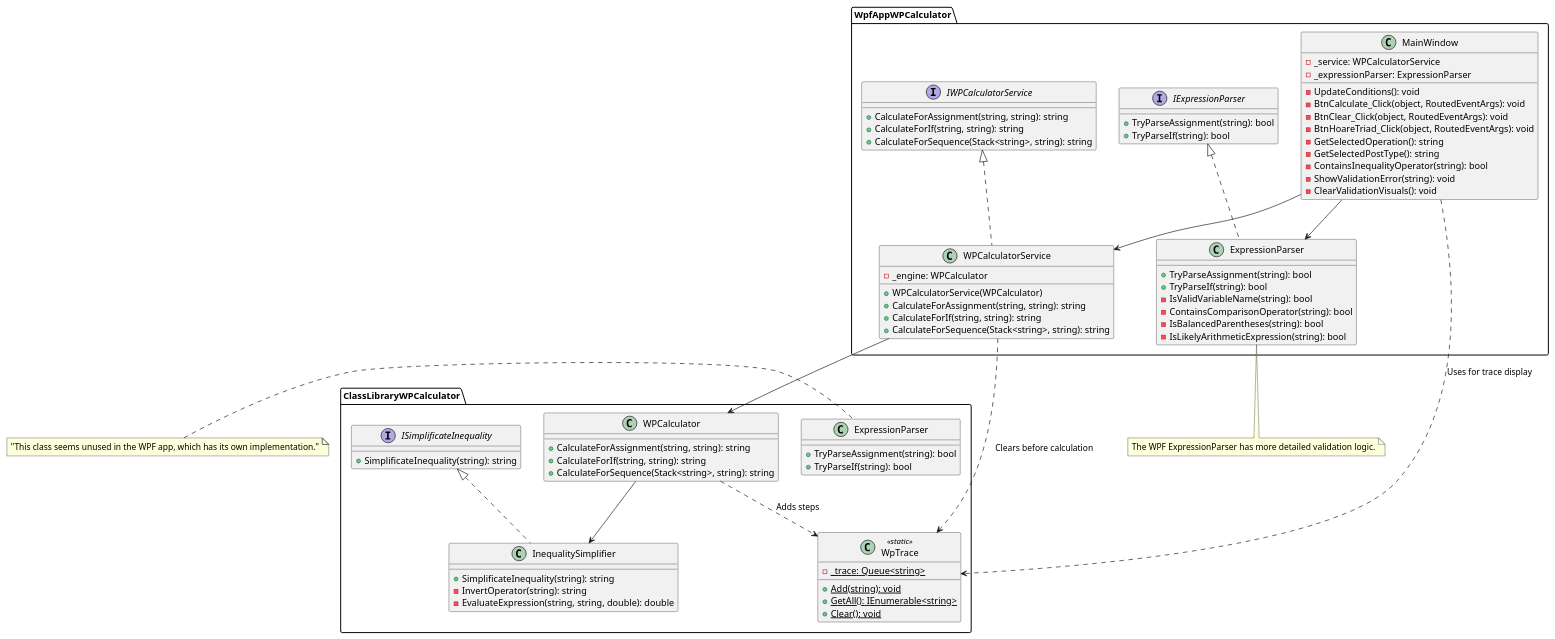
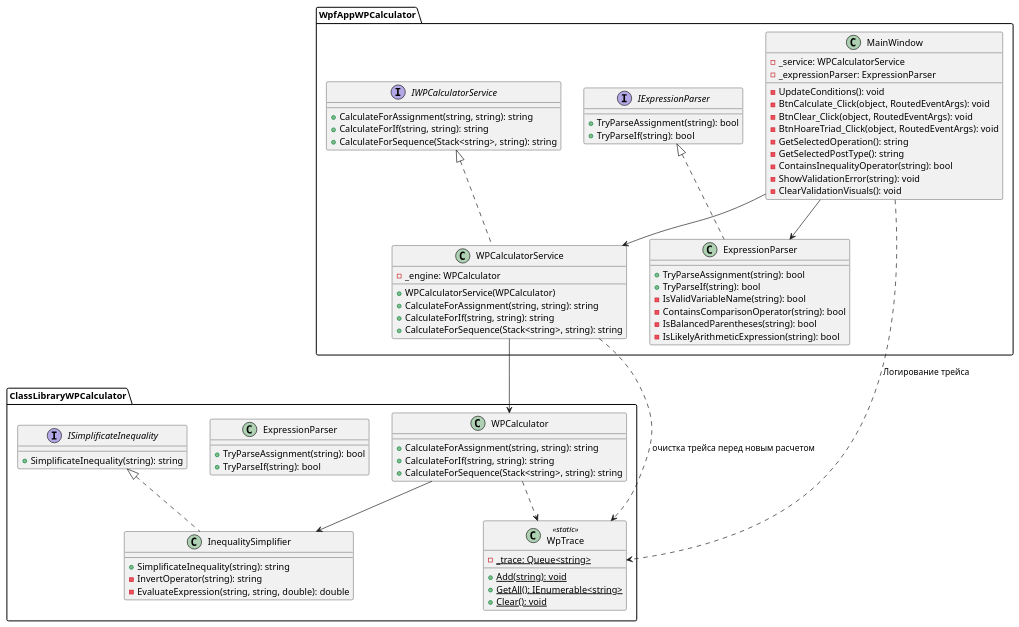
One commit to matveybardack/Lab_2 changed the diagram in diagram.wsd. Above: the diagram before and after it, drawn with PlantUML.

```diff
--- a/diagram.wsd
+++ b/diagram.wsd
@@ -1,95 +1,90 @@
 @startuml
-' Created by Kilo Code
 
 ' Base Class Library
 package "ClassLibraryWPCalculator" {
     class WPCalculator {
         + CalculateForAssignment(string, string): string
         + CalculateForIf(string, string): string
         + CalculateForSequence(Stack<string>, string): string
     }
 
     class ExpressionParser {
         + TryParseAssignment(string): bool
         + TryParseIf(string): bool
     }
 
     interface ISimplificateInequality {
         + SimplificateInequality(string): string
     }
 
     class InequalitySimplifier implements ISimplificateInequality {
         + SimplificateInequality(string): string
         - InvertOperator(string): string
         - EvaluateExpression(string, string, double): double
     }
 
     class WpTrace <<static>> {
         - {static} _trace: Queue<string>
         + {static} Add(string): void
         + {static} GetAll(): IEnumerable<string>
         + {static} Clear(): void
     }
 }
 
 ' WPF Application
 package "WpfAppWPCalculator" {
     class MainWindow {
         - _service: WPCalculatorService
         - _expressionParser: ExpressionParser
         - UpdateConditions(): void
         - BtnCalculate_Click(object, RoutedEventArgs): void
         - BtnClear_Click(object, RoutedEventArgs): void
         - BtnHoareTriad_Click(object, RoutedEventArgs): void
         - GetSelectedOperation(): string
         - GetSelectedPostType(): string
         - ContainsInequalityOperator(string): bool
         - ShowValidationError(string): void
         - ClearValidationVisuals(): void
     }
 
     interface IWPCalculatorService {
         + CalculateForAssignment(string, string): string
         + CalculateForIf(string, string): string
         + CalculateForSequence(Stack<string>, string): string
     }
 
     class WPCalculatorService implements IWPCalculatorService {
         - _engine: WPCalculator
         + WPCalculatorService(WPCalculator)
         + CalculateForAssignment(string, string): string
         + CalculateForIf(string, string): string
         + CalculateForSequence(Stack<string>, string): string
     }
 
     interface IExpressionParser {
         + TryParseAssignment(string): bool
         + TryParseIf(string): bool
     }
 
     class "ExpressionParser" as WpfExpressionParser implements IExpressionParser {
         + TryParseAssignment(string): bool
         + TryParseIf(string): bool
         - IsValidVariableName(string): bool
         - ContainsComparisonOperator(string): bool
         - IsBalancedParentheses(string): bool
         - IsLikelyArithmeticExpression(string): bool
     }
 }
 
 ' Relationships
 MainWindow --> WPCalculatorService
 MainWindow --> WpfExpressionParser
-MainWindow ..> WpTrace : Uses for trace display
+MainWindow ..> WpTrace : Логирование трейса
 
 WPCalculatorService --> WPCalculator
-WPCalculatorService ..> WpTrace : Clears before calculation
+WPCalculatorService ..> WpTrace : очистка трейса перед новым расчетом
 
 WPCalculator --> InequalitySimplifier
-WPCalculator ..> WpTrace : Adds steps
-
-note left of ClassLibraryWPCalculator.ExpressionParser: "This class seems unused in the WPF app, which has its own implementation."
-note "The WPF ExpressionParser has more detailed validation logic." as N1
-WpfExpressionParser .. N1
+WPCalculator ..> WpTrace
 
 @enduml
```
